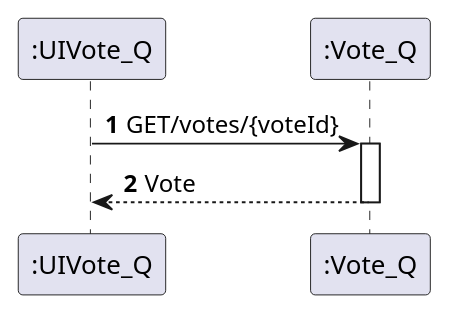
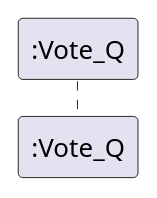
Before and after one commit to 1201441BrunoPereira/Trabalho2Votes: the diagram in Vote1_Q/Documentação/N2/getVoteById.puml, drawn with PlantUML. The commit also changed 8 other files, not shown here.

Commit message:
Atualização Diagramas

```diff
--- a/Vote1_Q/Documentação/N2/getVoteById.puml
+++ b/Vote1_Q/Documentação/N2/getVoteById.puml
@@ -1,12 +1,9 @@
 @startuml
 'https://plantuml.com/sequence-diagram
 
 autoactivate on
 autonumber
 
-participant ":UIVote_Q" as vote
-participant ":Vote_Q" as vote1
+participant ":Vote_Q" as vote
 
-vote -> vote1: GET/votes/{voteId}
-vote1 --> vote: Vote
 @enduml
```
